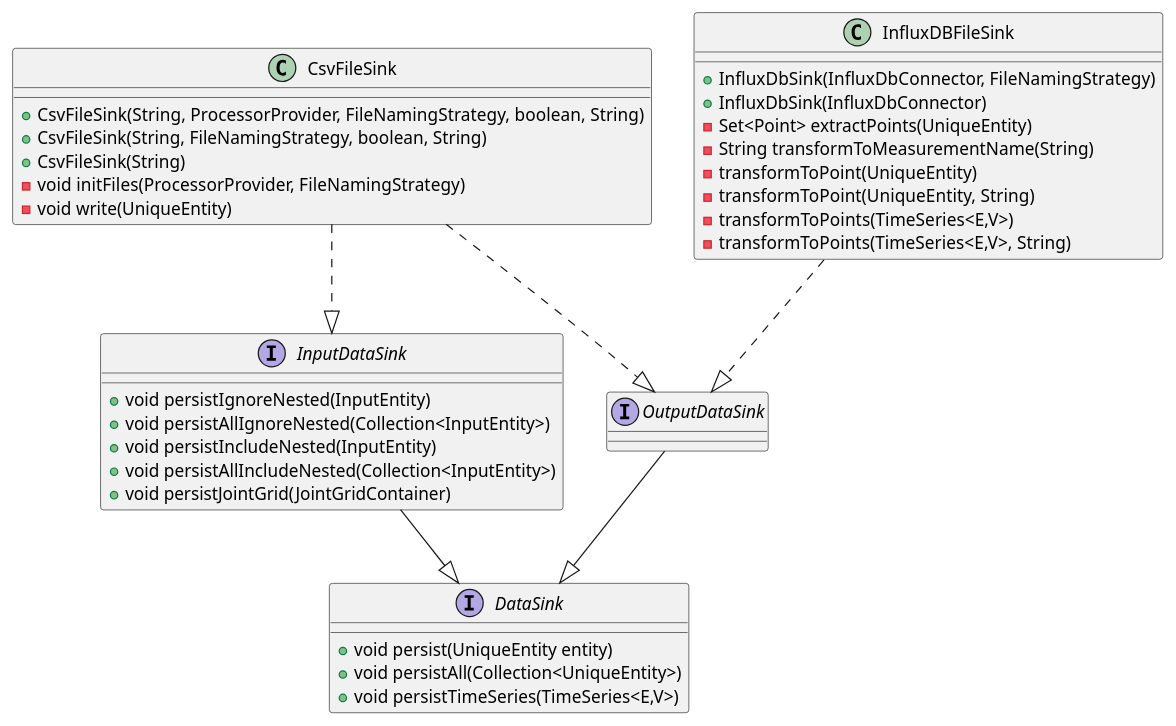
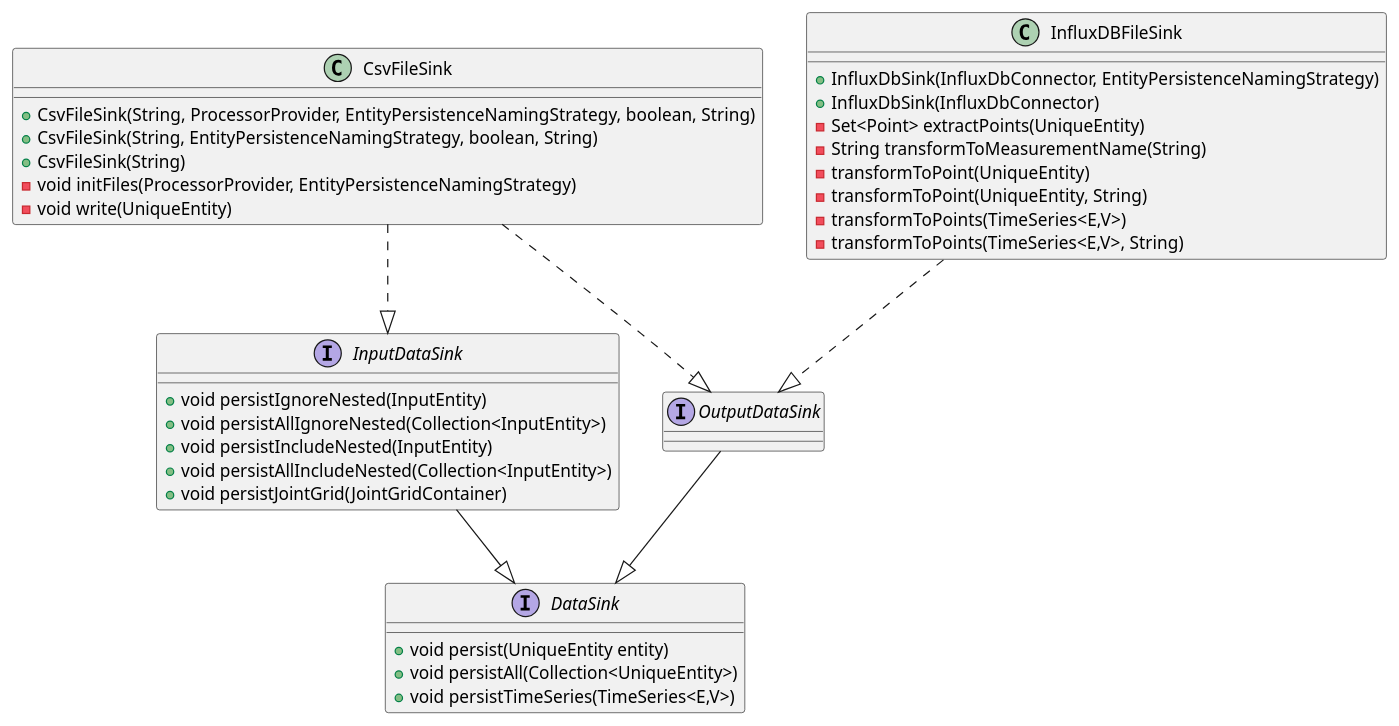
The diagram in docs/uml/main/DataSinkClassDiagram.puml (ie3-institute/PowerSystemDataModel), drawn with PlantUML before and after one commit. The commit also changed 8 other files, not shown here.

Commit message:
#279 Modified javadocs and uml documentation to reflect replacement of FileNamingStrategy with EntityPersistenceNamingStrategy

```diff
--- a/docs/uml/main/DataSinkClassDiagram.puml
+++ b/docs/uml/main/DataSinkClassDiagram.puml
@@ -1,44 +1,44 @@
 @startuml
 
 interface DataSink{
 + void persist(UniqueEntity entity)
 + void persistAll(Collection<UniqueEntity>)
 + void persistTimeSeries(TimeSeries<E,V>)
 }
 
 interface InputDataSink {
 + void persistIgnoreNested(InputEntity)
 + void persistAllIgnoreNested(Collection<InputEntity>)
 + void persistIncludeNested(InputEntity)
 + void persistAllIncludeNested(Collection<InputEntity>)
 + void persistJointGrid(JointGridContainer)
 }
 InputDataSink --|> DataSink
 
 interface OutputDataSink
 OutputDataSink --|> DataSink
 
 ' Implementations
 class CsvFileSink {
-+ CsvFileSink(String, ProcessorProvider, FileNamingStrategy, boolean, String)
-+ CsvFileSink(String, FileNamingStrategy, boolean, String)
++ CsvFileSink(String, ProcessorProvider, EntityPersistenceNamingStrategy, boolean, String)
++ CsvFileSink(String, EntityPersistenceNamingStrategy, boolean, String)
 + CsvFileSink(String)
-- void initFiles(ProcessorProvider, FileNamingStrategy)
+- void initFiles(ProcessorProvider, EntityPersistenceNamingStrategy)
 - void write(UniqueEntity)
 }
 CsvFileSink ..|> InputDataSink
 CsvFileSink ..|> OutputDataSink
 
 
 class InfluxDBFileSink {
-+ InfluxDbSink(InfluxDbConnector, FileNamingStrategy)
++ InfluxDbSink(InfluxDbConnector, EntityPersistenceNamingStrategy)
 + InfluxDbSink(InfluxDbConnector)
 - Set<Point> extractPoints(UniqueEntity)
 - String transformToMeasurementName(String)
 - transformToPoint(UniqueEntity)
 - transformToPoint(UniqueEntity, String)
 - transformToPoints(TimeSeries<E,V>)
 - transformToPoints(TimeSeries<E,V>, String)
 }
 InfluxDBFileSink ..|> OutputDataSink
 @enduml
```
